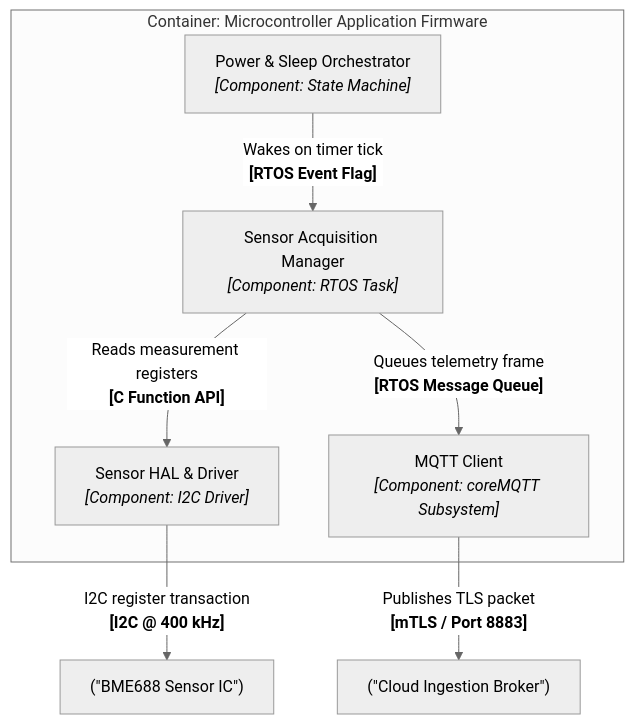
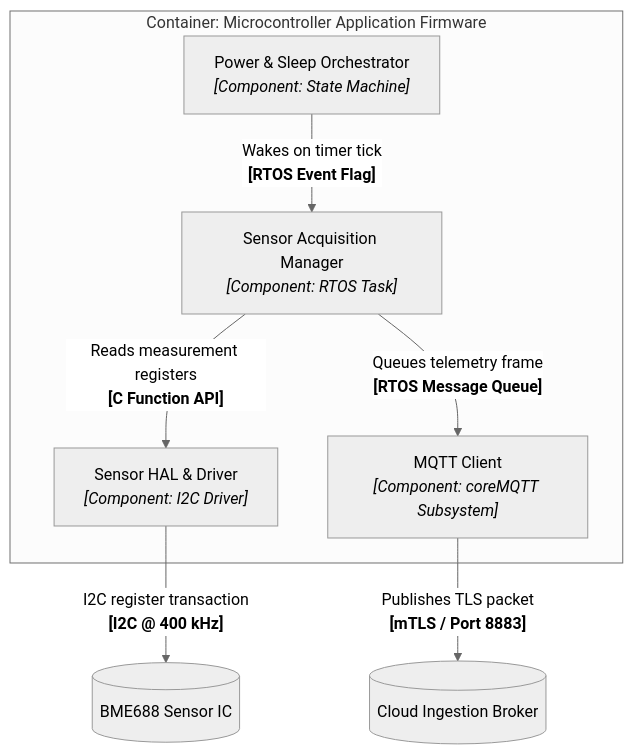
The seventh of 8 diagrams in content/guides/c4-model/02-diagrams-as-code-tooling.md (markbac/markbac.github.io), drawn with Mermaid (neutral theme) before and after one commit. The commit also changed 21 other files, not shown here.

First line of the commit message:
Handbook: move in technical-documentation's architecture handbook, and publish the section

````diff
--- a/content/guides/c4-model/02-diagrams-as-code-tooling.md
+++ b/content/guides/c4-model/02-diagrams-as-code-tooling.md
@@ -197,18 +197,18 @@
 ```mermaid
 flowchart TB
     subgraph FirmwareContainer [Container: Microcontroller Application Firmware]
         Acq["Sensor Acquisition Manager<br/><i>[Component: RTOS Task]</i>"]
         Power["Power & Sleep Orchestrator<br/><i>[Component: State Machine]</i>"]
         MQTT["MQTT Client<br/><i>[Component: coreMQTT Subsystem]</i>"]
         HAL["Sensor HAL & Driver<br/><i>[Component: I2C Driver]</i>"]
     end
 
-    SensorChip["(#quot;BME688 Sensor IC#quot;)"]
-    CloudGW["(#quot;Cloud Ingestion Broker#quot;)"]
+    SensorChip[("BME688 Sensor IC")]
+    CloudGW[("Cloud Ingestion Broker")]
 
     Power -->|"Wakes on timer tick<br/><b>[RTOS Event Flag]</b>"| Acq
     Acq -->|"Reads measurement registers<br/><b>[C Function API]</b>"| HAL
     HAL -->|"I2C register transaction<br/><b>[I2C @ 400 kHz]</b>"| SensorChip
     Acq -->|"Queues telemetry frame<br/><b>[RTOS Message Queue]</b>"| MQTT
     MQTT -->|"Publishes TLS packet<br/><b>[mTLS / Port 8883]</b>"| CloudGW
 ```
````
